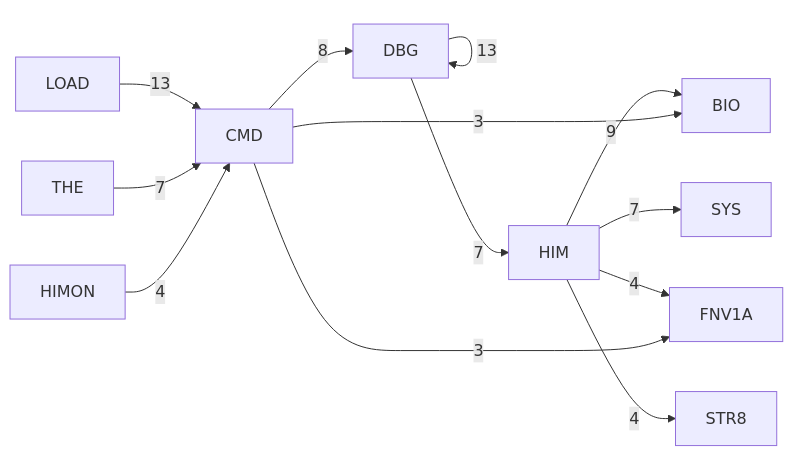
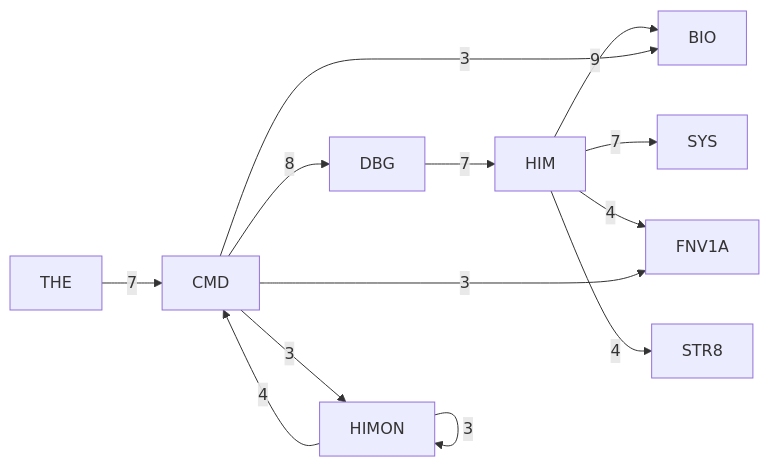
The third of 7 diagrams in DOC/GENERATED/ROUTINE_CLASS_DIAGRAM.md (95westus/R-YORS), drawn with Mermaid before and after one commit. The commit also changed other lines of this file and 94 other files, not shown here.

````diff
--- a/DOC/GENERATED/ROUTINE_CLASS_DIAGRAM.md
+++ b/DOC/GENERATED/ROUTINE_CLASS_DIAGRAM.md
@@ -44,15 +44,15 @@
 ```mermaid
 flowchart LR
-    P_DBG[DBG] -->|13| P_DBG[DBG]
-    P_LOAD[LOAD] -->|13| P_CMD[CMD]
     P_HIM[HIM] -->|9| P_BIO[BIO]
     P_CMD[CMD] -->|8| P_DBG[DBG]
     P_DBG[DBG] -->|7| P_HIM[HIM]
     P_HIM[HIM] -->|7| P_SYS[SYS]
     P_THE[THE] -->|7| P_CMD[CMD]
     P_HIM[HIM] -->|4| P_FNV1A[FNV1A]
     P_HIM[HIM] -->|4| P_STR8[STR8]
     P_HIMON[HIMON] -->|4| P_CMD[CMD]
     P_CMD[CMD] -->|3| P_BIO[BIO]
     P_CMD[CMD] -->|3| P_FNV1A[FNV1A]
+    P_CMD[CMD] -->|3| P_HIMON[HIMON]
+    P_HIMON[HIMON] -->|3| P_HIMON[HIMON]
 ```
````
